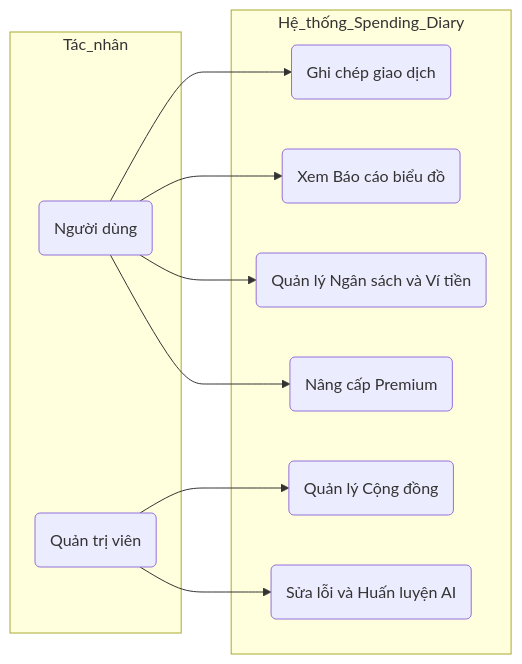
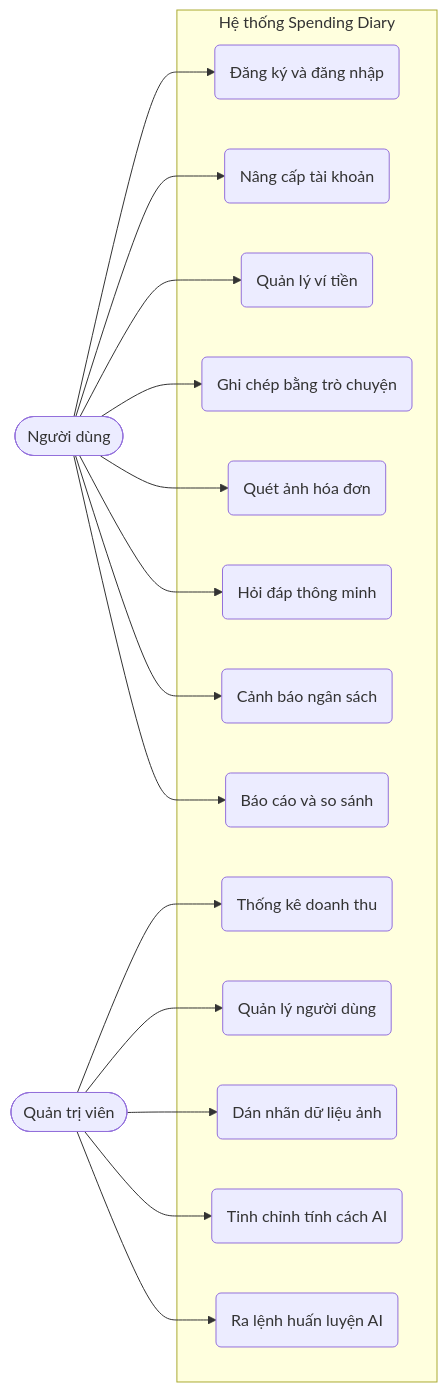
One commit to maikhang160504/spending-diary changed the first of 12 diagrams in Luan_van_Hoan_chinh.md. Above: the diagram before and after it, drawn with Mermaid. The commit also changed other lines of this file and 1 other file, not shown here.

Commit message:
docs: update thesis content and add system architecture diagram

````diff
--- a/Luan_van_Hoan_chinh.md
+++ b/Luan_van_Hoan_chinh.md
@@ -133,24 +159,37 @@
 ```mermaid
 flowchart LR
-    subgraph Tác_nhân
-        User(Người dùng)
-        Admin(Quản trị viên)
-    end
+    User([Người dùng])
+    Admin([Quản trị viên])
 
-    subgraph Hệ_thống_Spending_Diary
-        UC1(Ghi chép giao dịch)
-        UC2(Xem Báo cáo biểu đồ)
-        UC3(Quản lý Ngân sách và Ví tiền)
-        UC4(Nâng cấp Premium)
-        UC5(Quản lý Cộng đồng)
-        UC6(Sửa lỗi và Huấn luyện AI)
+    subgraph Hệ thống Spending Diary
+        UC1(Đăng ký và đăng nhập)
+        UC2(Nâng cấp tài khoản)
+        UC3(Quản lý ví tiền)
+        UC4(Ghi chép bằng trò chuyện)
+        UC5(Quét ảnh hóa đơn)
+        UC6(Hỏi đáp thông minh)
+        UC7(Cảnh báo ngân sách)
+        UC8(Báo cáo và so sánh)
+
+        UC9(Thống kê doanh thu)
+        UC10(Quản lý người dùng)
+        UC11(Dán nhãn dữ liệu ảnh)
+        UC12(Tinh chỉnh tính cách AI)
+        UC13(Ra lệnh huấn luyện AI)
     end
 
     User --> UC1
     User --> UC2
     User --> UC3
     User --> UC4
+    User --> UC5
+    User --> UC6
+    User --> UC7
+    User --> UC8
 
-    Admin --> UC5
-    Admin --> UC6
+    Admin --> UC9
+    Admin --> UC10
+    Admin --> UC11
+    Admin --> UC12
+    Admin --> UC13
 ```
````
